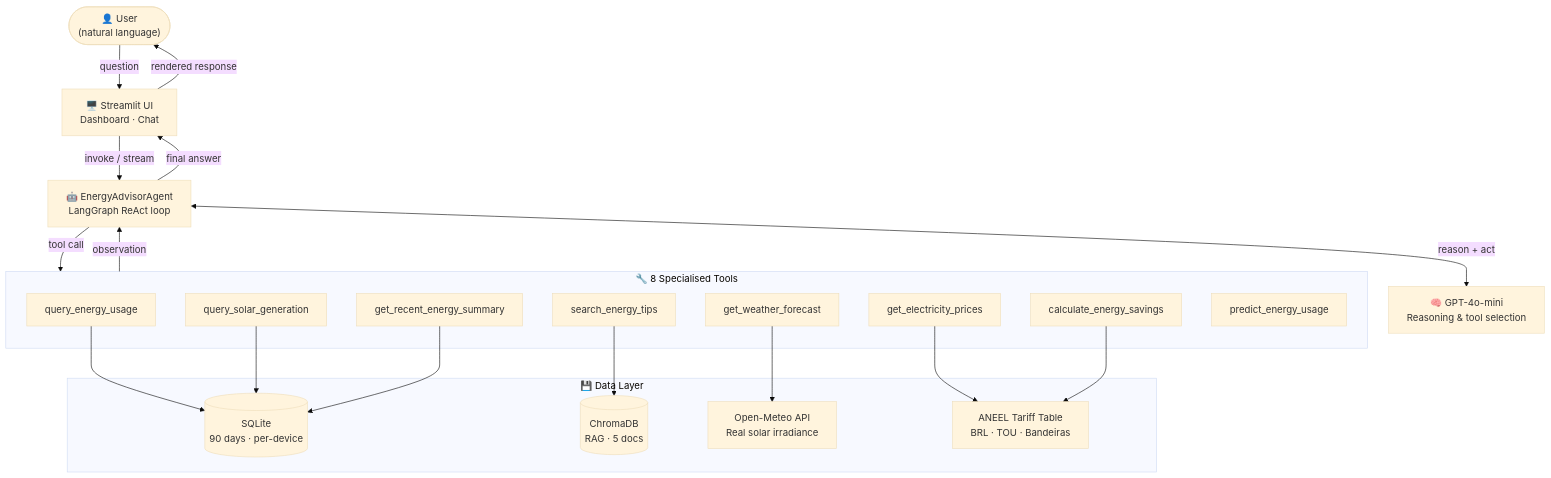
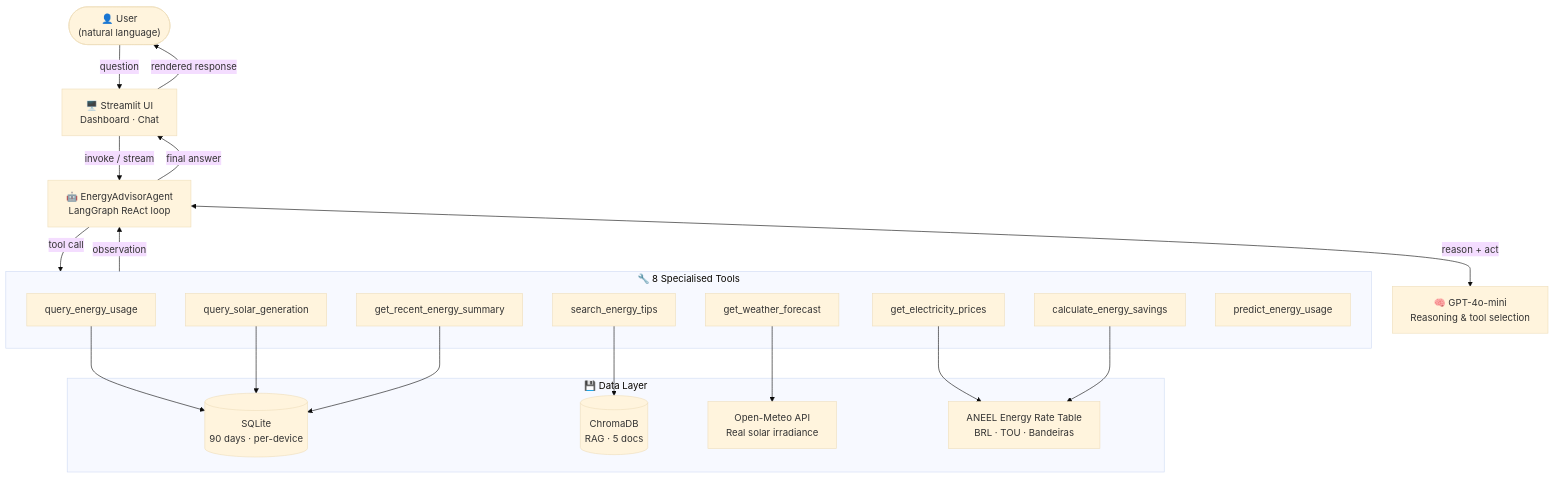
The diagram in README.md (FabioCLima/Energy-Advisor-Project), drawn with Mermaid (base theme) before and after one commit. The commit also changed other lines of this file and 4 other files, not shown here.

Commit message:
docs(ui): use energy rate terminology

````diff
--- a/README.md
+++ b/README.md
@@ -82,38 +82,38 @@
 ```mermaid
 flowchart TD
     User(["👤 User\n(natural language)"])
     UI["🖥️ Streamlit UI\nDashboard · Chat"]
     Agent["🤖 EnergyAdvisorAgent\nLangGraph ReAct loop"]
     LLM["🧠 GPT-4o-mini\nReasoning & tool selection"]
 
     subgraph Tools["🔧 8 Specialised Tools"]
         T1["query_energy_usage"]
         T2["query_solar_generation"]
         T3["get_electricity_prices"]
         T4["get_weather_forecast"]
         T5["search_energy_tips"]
         T6["calculate_energy_savings"]
         T7["get_recent_energy_summary"]
         T8["predict_energy_usage"]
     end
 
     subgraph Data["💾 Data Layer"]
         DB[("SQLite\n90 days · per-device")]
         VS[("ChromaDB\nRAG · 5 docs")]
         API["Open-Meteo API\nReal solar irradiance"]
-        ANEEL["ANEEL Tariff Table\nBRL · TOU · Bandeiras"]
+        ANEEL["ANEEL Energy Rate Table\nBRL · TOU · Bandeiras"]
     end
 
     User -->|question| UI
     UI -->|invoke / stream| Agent
     Agent <-->|reason + act| LLM
     Agent -->|tool call| Tools
     T1 & T2 & T7 --> DB
     T5 --> VS
     T4 --> API
     T3 --> ANEEL
     T6 --> ANEEL
     Tools -->|observation| Agent
     Agent -->|final answer| UI
     UI -->|rendered response| User
 ```
````
